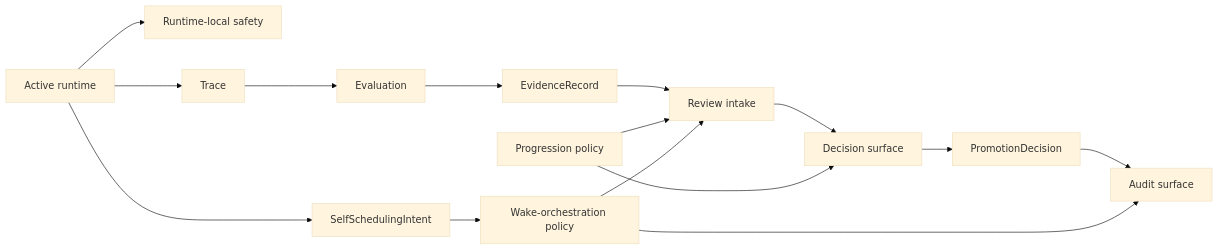
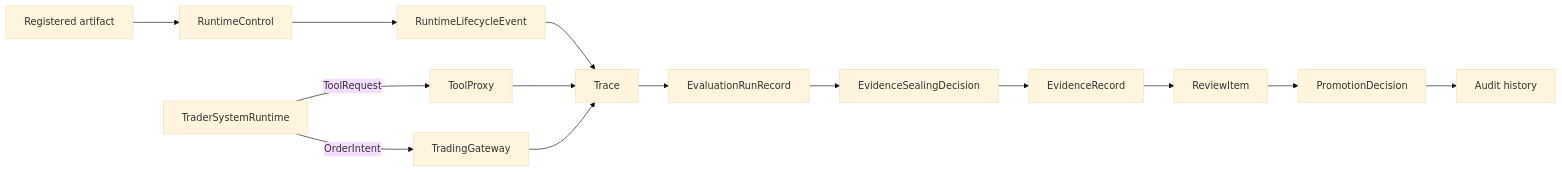
The diagram in wiki/architecture/control-plane/02-governance-surfaces.md (openboa-ai/ouroboros), drawn with Mermaid (base theme) before and after one commit. The commit also changed other lines of this file and 306 other files, not shown here.

Commit message:
docs: lock runtime control plane design baseline

````diff
--- a/wiki/architecture/control-plane/02-governance-surfaces.md
+++ b/wiki/architecture/control-plane/02-governance-surfaces.md
@@ -54,17 +30,16 @@
 ```mermaid
 flowchart LR
-    A["Active runtime"] --> B["Runtime-local safety"]
-    A --> K["SelfSchedulingIntent"]
-    K --> L["Wake-orchestration policy"]
-    A --> C["Trace"]
-    C --> D["Evaluation"]
-    D --> E["EvidenceRecord"]
-    E --> F["Review intake"]
-    F --> G["Decision surface"]
-    G --> H["PromotionDecision"]
-    H --> I["Audit surface"]
-    J["Progression policy"] --> F
-    J --> G
-    L --> F
-    L --> I
+    ART["Registered artifact"] --> RC["RuntimeControl"]
+    RC --> RLE["RuntimeLifecycleEvent"]
+    RLE --> TRACE["Trace"]
+    TRACE --> EVAL["EvaluationRunRecord"]
+    EVAL --> SEAL["EvidenceSealingDecision"]
+    SEAL --> EV["EvidenceRecord"]
+    EV --> REVIEW["ReviewItem"]
+    REVIEW --> PROMO["PromotionDecision"]
+    PROMO --> AUDIT["Audit history"]
+    RT["TraderSystemRuntime"] -->|"ToolRequest"| TOOL["ToolProxy"]
+    RT -->|"OrderIntent"| GW["TradingGateway"]
+    TOOL --> TRACE
+    GW --> TRACE
 ```
````
